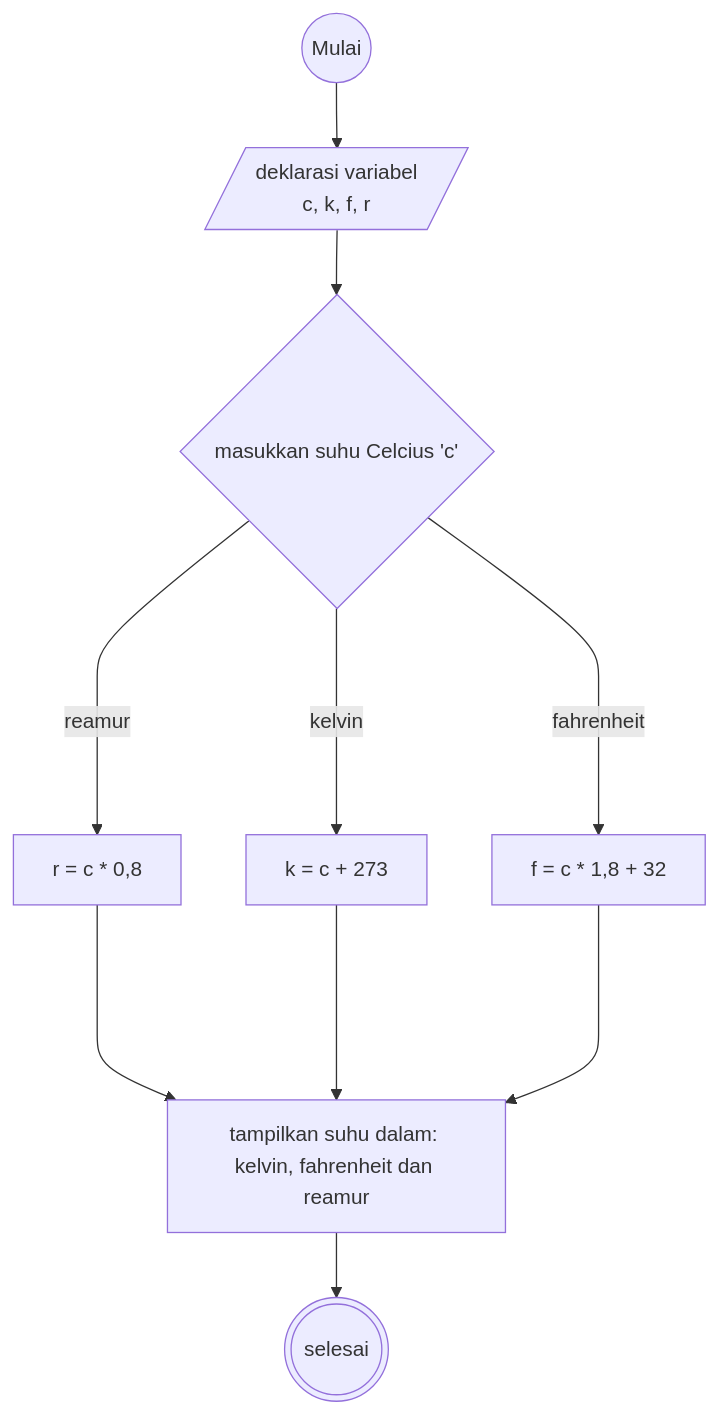
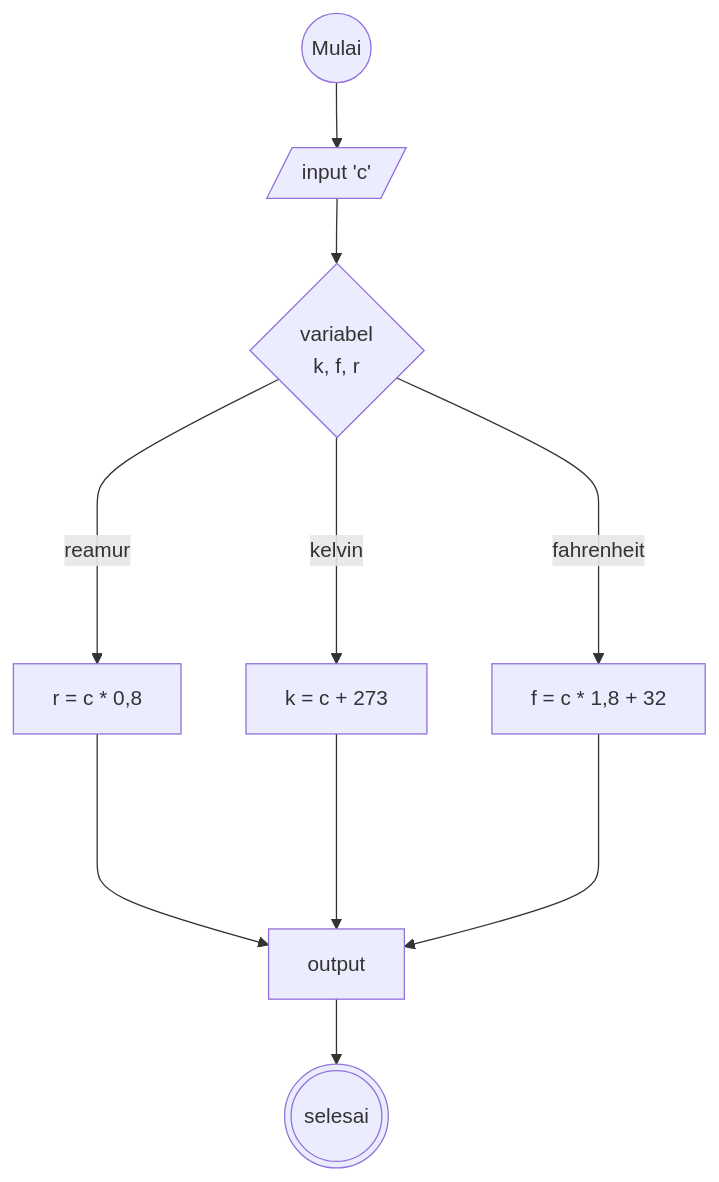
One commit to Antofebriann/fgo24-Algoritma changed the diagram in Algoritma_Konversi_Suhu.md. Above: the diagram before and after it, drawn with Mermaid. The commit also changed other lines of this file, not shown here.

````diff
--- a/Algoritma_Konversi_Suhu.md
+++ b/Algoritma_Konversi_Suhu.md
@@ -16,23 +16,23 @@
 ```mermaid
 flowchart TD
     a@{shape: circle, label: "Mulai"}
-    b@{shape: lean-r, label: "deklarasi variabel 
-    c, k, f, r"}
-    c{masukkan suhu Celcius 'c' }
+    b@{shape: lean-r, label: "input 'c'"}
+    c{variabel 
+    k, f, r }
     d[k = c + 273]
     e[f = c * 1,8 + 32]
     f[r = c * 0,8]
-    g[tampilkan suhu dalam: kelvin, fahrenheit dan reamur]
+    g[output]
     x@{shape: dbl-circ, label: "selesai"}
 
     a --> b
     b --> c
     c ---->|kelvin| d
     c ---->|fahrenheit| e
     c ---->|reamur| f
     f ----> g
     d ----> g
     e ----> g
     g --> x
 
 ``` 
````
